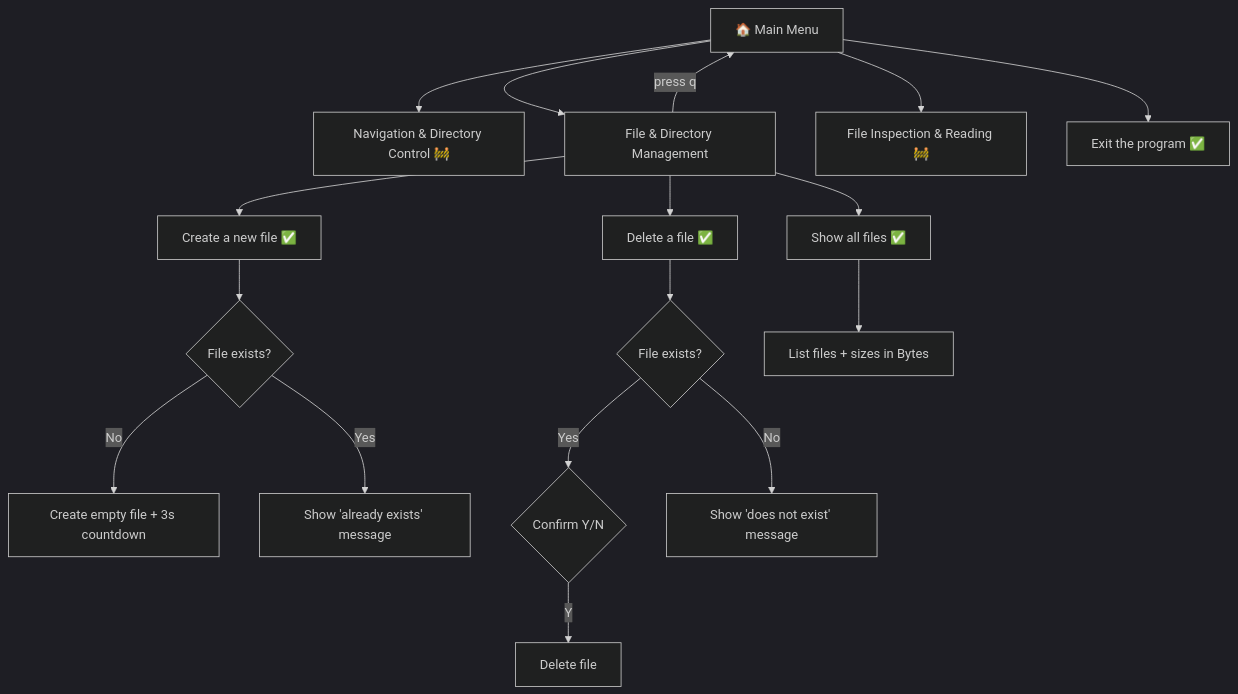
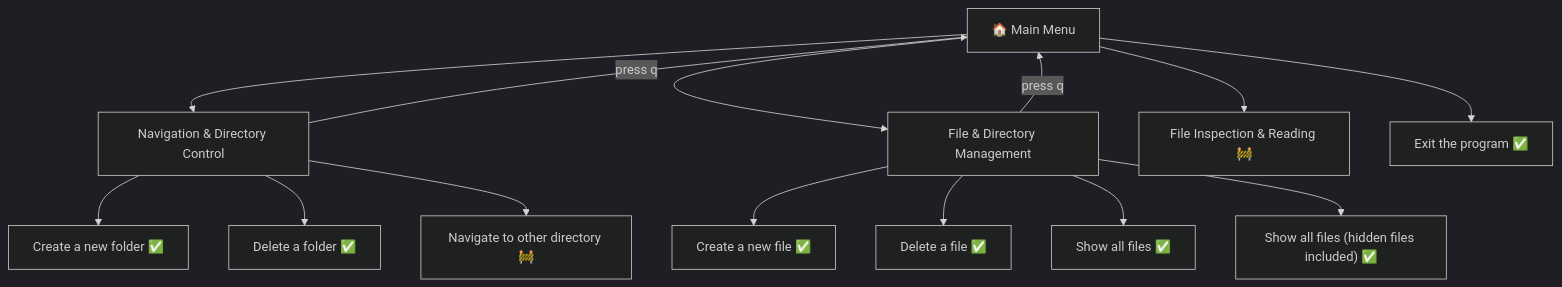
One commit to KhunSama/File-Management changed the first of 3 diagrams in README.md. Above: the diagram before and after it, drawn with Mermaid (dark theme). The commit also changed other lines of this file and 1 other file, not shown here.

````diff
--- a/README.md
+++ b/README.md
@@ -30,23 +33,18 @@
 ```mermaid
 flowchart TD
-    A[🏠 Main Menu] --> B[Navigation & Directory Control 🚧]
+    A[🏠 Main Menu] --> N[Navigation & Directory Control]
     A --> C[File & Directory Management]
     A --> D[File Inspection & Reading 🚧]
     A --> X[Exit the program ✅]
 
+    N --> N1[Create a new folder ✅]
+    N --> N2[Delete a folder ✅]
+    N --> N3[Navigate to other directory 🚧]
+    N -- press q --> A
+
     C --> C1[Create a new file ✅]
     C --> C2[Delete a file ✅]
     C --> C3[Show all files ✅]
+    C --> C4["Show all files (hidden files included) ✅"]
     C -- press q --> A
-
-    C1 --> E{File exists?}
-    E -- No --> F[Create empty file + 3s countdown]
-    E -- Yes --> G[Show 'already exists' message]
-
-    C2 --> I{File exists?}
-    I -- Yes --> J{Confirm Y/N}
-    J -- Y --> K[Delete file]
-    I -- No --> L[Show 'does not exist' message]
-
-    C3 --> H[List files + sizes in Bytes]
 ```
````
